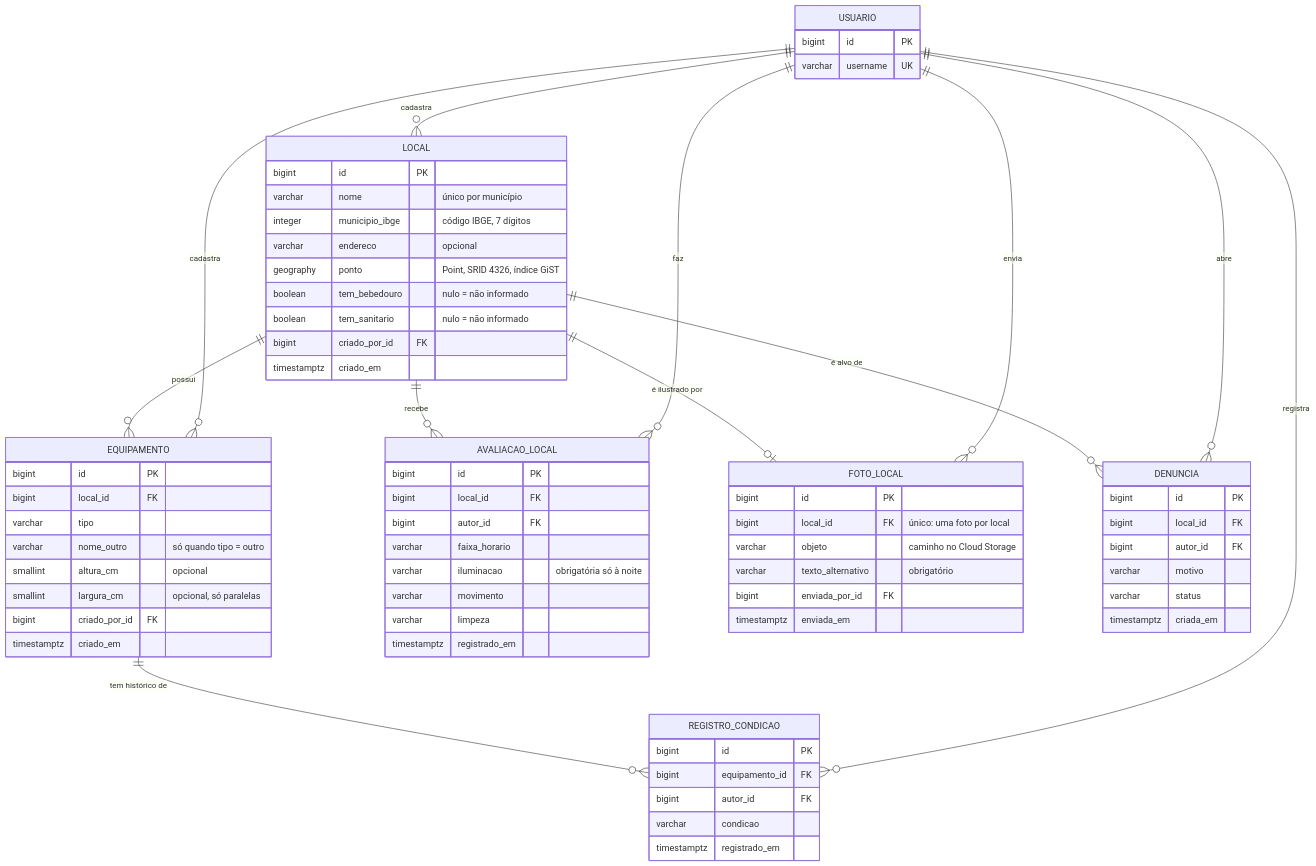
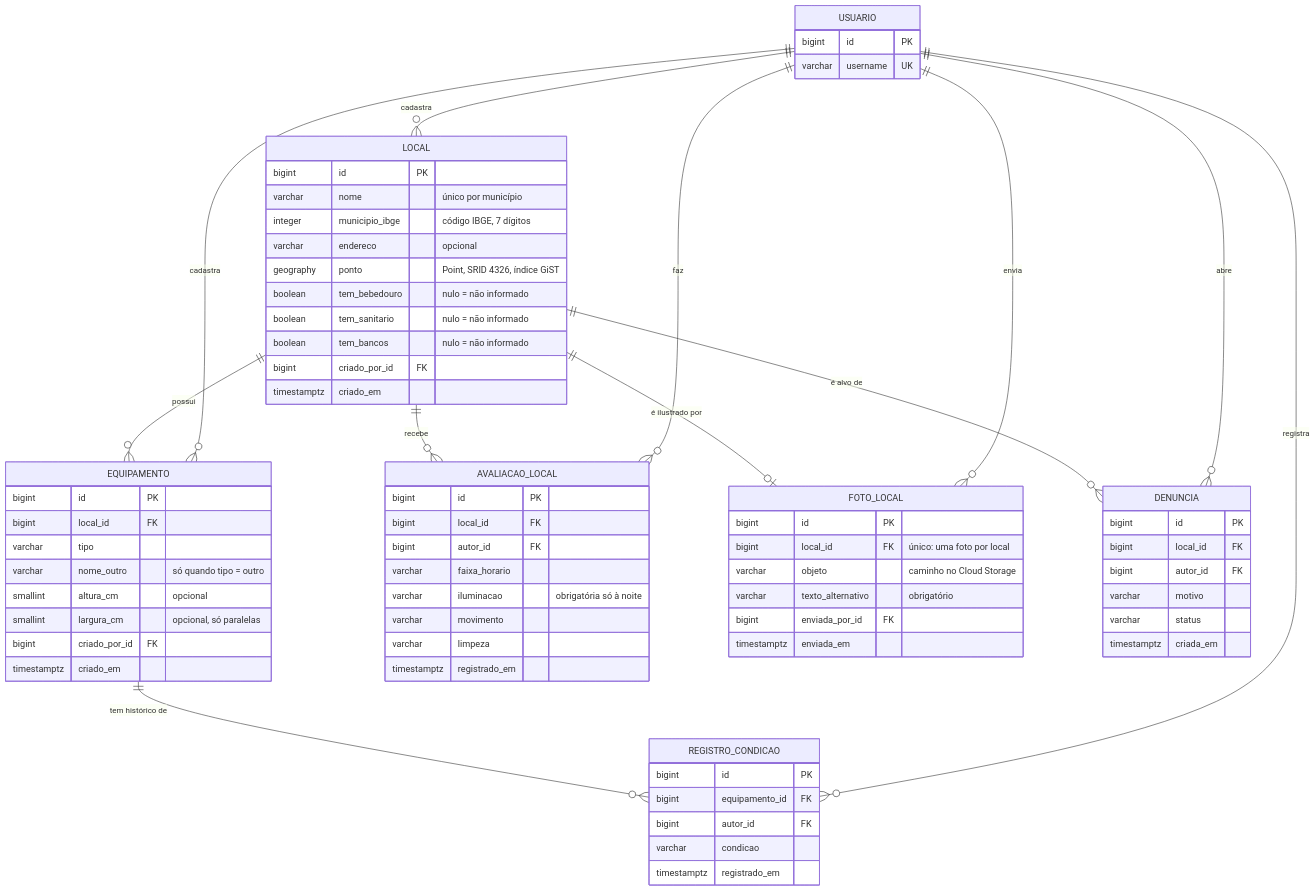
Before and after one commit to eglito/Projeto-Integrador-II: the diagram in Docs/modelo_dados.md, drawn with Mermaid. The commit also changed other lines of this file and 4 other files, not shown here.

````diff
--- a/Docs/modelo_dados.md
+++ b/Docs/modelo_dados.md
@@ -12,73 +12,74 @@
 ```mermaid
 erDiagram
     USUARIO ||--o{ LOCAL : cadastra
     LOCAL ||--o{ EQUIPAMENTO : possui
     USUARIO ||--o{ EQUIPAMENTO : cadastra
     EQUIPAMENTO ||--o{ REGISTRO_CONDICAO : "tem histórico de"
     USUARIO ||--o{ REGISTRO_CONDICAO : registra
     LOCAL ||--o{ AVALIACAO_LOCAL : recebe
     USUARIO ||--o{ AVALIACAO_LOCAL : faz
     LOCAL ||--o| FOTO_LOCAL : "é ilustrado por"
     USUARIO ||--o{ FOTO_LOCAL : envia
     LOCAL ||--o{ DENUNCIA : "é alvo de"
     USUARIO ||--o{ DENUNCIA : abre
 
     USUARIO {
         bigint id PK
         varchar username UK
     }
     LOCAL {
         bigint id PK
         varchar nome "único por município"
         integer municipio_ibge "código IBGE, 7 dígitos"
         varchar endereco "opcional"
         geography ponto "Point, SRID 4326, índice GiST"
         boolean tem_bebedouro "nulo = não informado"
         boolean tem_sanitario "nulo = não informado"
+        boolean tem_bancos "nulo = não informado"
         bigint criado_por_id FK
         timestamptz criado_em
     }
     EQUIPAMENTO {
         bigint id PK
         bigint local_id FK
         varchar tipo
         varchar nome_outro "só quando tipo = outro"
         smallint altura_cm "opcional"
         smallint largura_cm "opcional, só paralelas"
         bigint criado_por_id FK
         timestamptz criado_em
     }
     REGISTRO_CONDICAO {
         bigint id PK
         bigint equipamento_id FK
         bigint autor_id FK
         varchar condicao
         timestamptz registrado_em
     }
     AVALIACAO_LOCAL {
         bigint id PK
         bigint local_id FK
         bigint autor_id FK
         varchar faixa_horario
         varchar iluminacao "obrigatória só à noite"
         varchar movimento
         varchar limpeza
         timestamptz registrado_em
     }
     FOTO_LOCAL {
         bigint id PK
         bigint local_id FK "único: uma foto por local"
         varchar objeto "caminho no Cloud Storage"
         varchar texto_alternativo "obrigatório"
         bigint enviada_por_id FK
         timestamptz enviada_em
     }
     DENUNCIA {
         bigint id PK
         bigint local_id FK
         bigint autor_id FK
         varchar motivo
         varchar status
         timestamptz criada_em
     }
 ```
````
